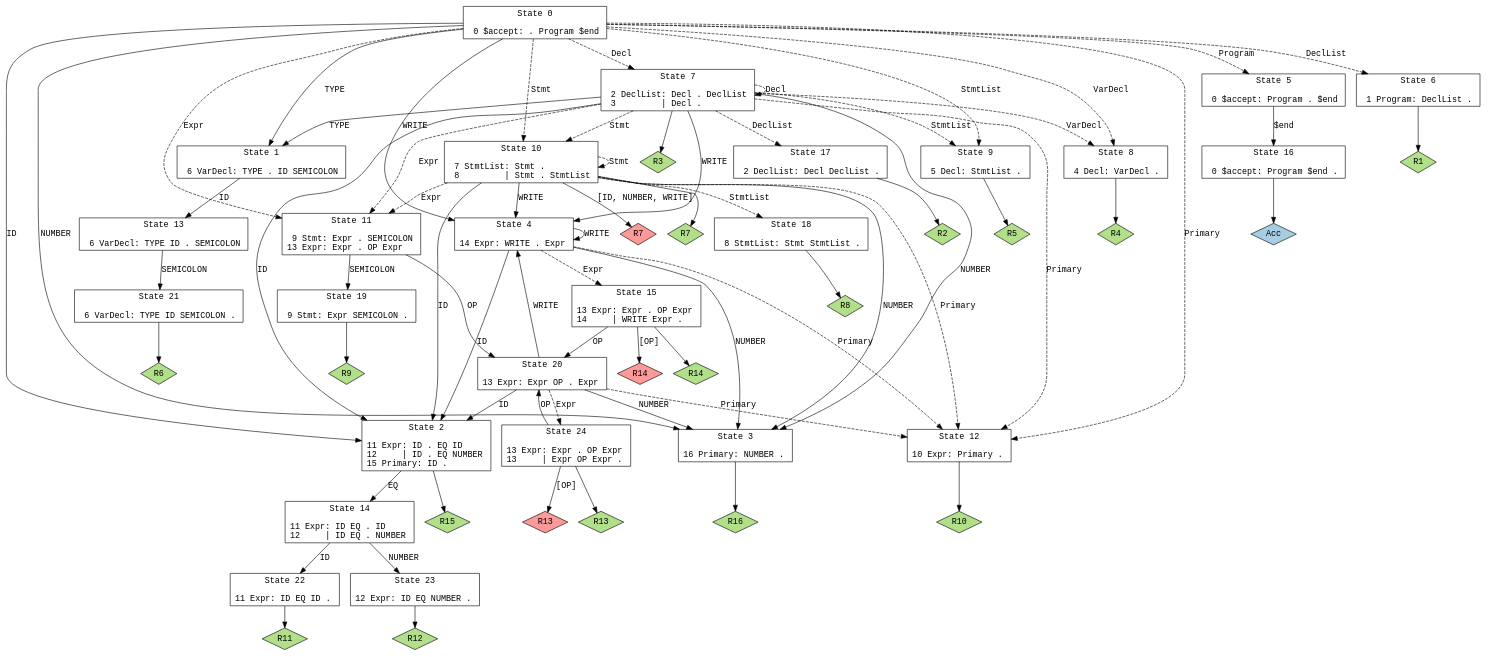
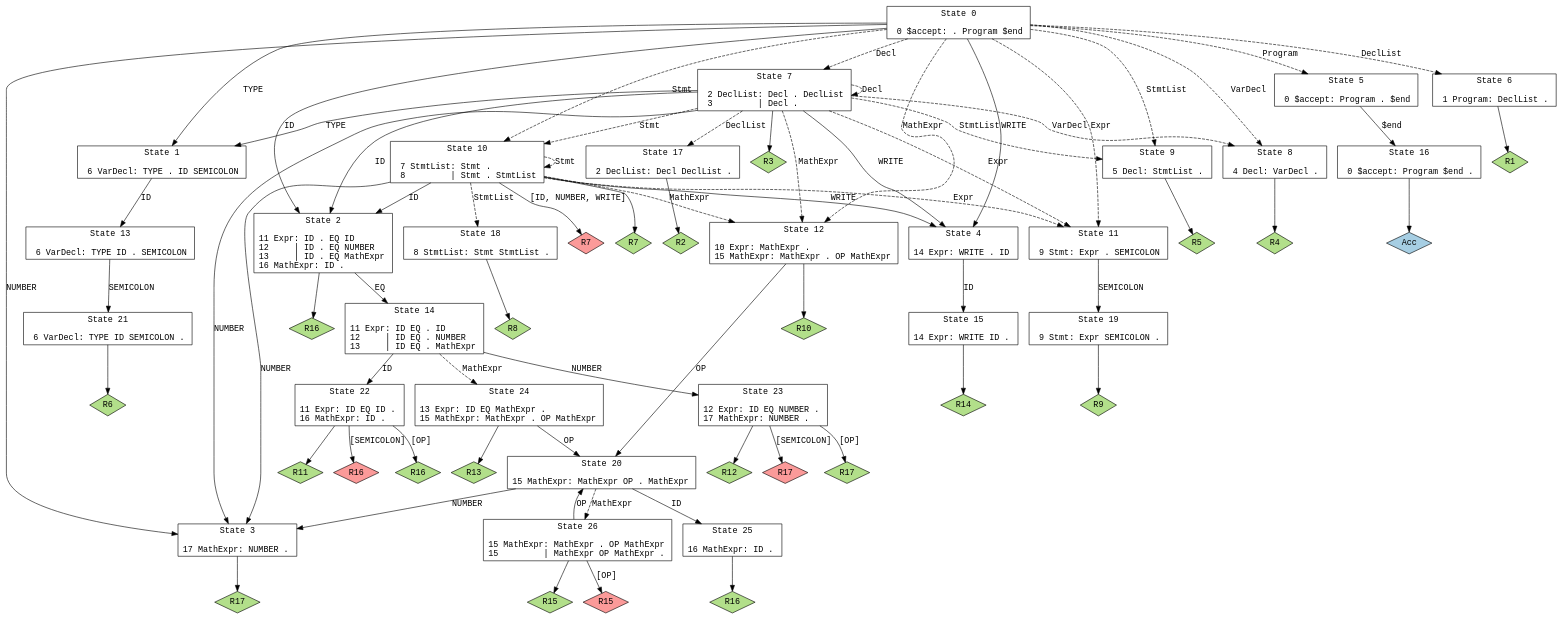
The diagram in parser.dot (tyhunt24/compiler_design), drawn with Graphviz before and after one commit. The commit also changed 12 other files, not shown here.

Commit message:
Got the math functionality to work and it also prints the correct number in mars

```diff
--- a/parser.dot
+++ b/parser.dot
@@ -1,125 +1,132 @@
 // Generated by GNU Bison 3.5.1.
 // Report bugs to <bug-bison@gnu.org>.
 // Home page: <https://www.gnu.org/software/bison/>.
 
 digraph "parser.y"
 {
   node [fontname = courier, shape = box, colorscheme = paired6]
   edge [fontname = courier]
 
   0 [label="State 0\n\l  0 $accept: . Program $end\l"]
   0 -> 1 [style=solid label="TYPE"]
   0 -> 2 [style=solid label="ID"]
   0 -> 3 [style=solid label="NUMBER"]
   0 -> 4 [style=solid label="WRITE"]
   0 -> 5 [style=dashed label="Program"]
   0 -> 6 [style=dashed label="DeclList"]
   0 -> 7 [style=dashed label="Decl"]
   0 -> 8 [style=dashed label="VarDecl"]
   0 -> 9 [style=dashed label="StmtList"]
   0 -> 10 [style=dashed label="Stmt"]
   0 -> 11 [style=dashed label="Expr"]
-  0 -> 12 [style=dashed label="Primary"]
+  0 -> 12 [style=dashed label="MathExpr"]
   1 [label="State 1\n\l  6 VarDecl: TYPE . ID SEMICOLON\l"]
   1 -> 13 [style=solid label="ID"]
-  2 [label="State 2\n\l 11 Expr: ID . EQ ID\l 12     | ID . EQ NUMBER\l 15 Primary: ID .\l"]
+  2 [label="State 2\n\l 11 Expr: ID . EQ ID\l 12     | ID . EQ NUMBER\l 13     | ID . EQ MathExpr\l 16 MathExpr: ID .\l"]
   2 -> 14 [style=solid label="EQ"]
-  2 -> "2R15" [style=solid]
- "2R15" [label="R15", fillcolor=3, shape=diamond, style=filled]
-  3 [label="State 3\n\l 16 Primary: NUMBER .\l"]
-  3 -> "3R16" [style=solid]
- "3R16" [label="R16", fillcolor=3, shape=diamond, style=filled]
-  4 [label="State 4\n\l 14 Expr: WRITE . Expr\l"]
-  4 -> 2 [style=solid label="ID"]
-  4 -> 3 [style=solid label="NUMBER"]
-  4 -> 4 [style=solid label="WRITE"]
-  4 -> 15 [style=dashed label="Expr"]
-  4 -> 12 [style=dashed label="Primary"]
+  2 -> "2R16" [style=solid]
+ "2R16" [label="R16", fillcolor=3, shape=diamond, style=filled]
+  3 [label="State 3\n\l 17 MathExpr: NUMBER .\l"]
+  3 -> "3R17" [style=solid]
+ "3R17" [label="R17", fillcolor=3, shape=diamond, style=filled]
+  4 [label="State 4\n\l 14 Expr: WRITE . ID\l"]
+  4 -> 15 [style=solid label="ID"]
   5 [label="State 5\n\l  0 $accept: Program . $end\l"]
   5 -> 16 [style=solid label="$end"]
   6 [label="State 6\n\l  1 Program: DeclList .\l"]
   6 -> "6R1" [style=solid]
  "6R1" [label="R1", fillcolor=3, shape=diamond, style=filled]
   7 [label="State 7\n\l  2 DeclList: Decl . DeclList\l  3         | Decl .\l"]
   7 -> 1 [style=solid label="TYPE"]
   7 -> 2 [style=solid label="ID"]
   7 -> 3 [style=solid label="NUMBER"]
   7 -> 4 [style=solid label="WRITE"]
   7 -> 17 [style=dashed label="DeclList"]
   7 -> 7 [style=dashed label="Decl"]
   7 -> 8 [style=dashed label="VarDecl"]
   7 -> 9 [style=dashed label="StmtList"]
   7 -> 10 [style=dashed label="Stmt"]
   7 -> 11 [style=dashed label="Expr"]
-  7 -> 12 [style=dashed label="Primary"]
+  7 -> 12 [style=dashed label="MathExpr"]
   7 -> "7R3" [style=solid]
  "7R3" [label="R3", fillcolor=3, shape=diamond, style=filled]
   8 [label="State 8\n\l  4 Decl: VarDecl .\l"]
   8 -> "8R4" [style=solid]
  "8R4" [label="R4", fillcolor=3, shape=diamond, style=filled]
   9 [label="State 9\n\l  5 Decl: StmtList .\l"]
   9 -> "9R5" [style=solid]
  "9R5" [label="R5", fillcolor=3, shape=diamond, style=filled]
   10 [label="State 10\n\l  7 StmtList: Stmt .\l  8         | Stmt . StmtList\l"]
   10 -> 2 [style=solid label="ID"]
   10 -> 3 [style=solid label="NUMBER"]
   10 -> 4 [style=solid label="WRITE"]
   10 -> 18 [style=dashed label="StmtList"]
   10 -> 10 [style=dashed label="Stmt"]
   10 -> 11 [style=dashed label="Expr"]
-  10 -> 12 [style=dashed label="Primary"]
+  10 -> 12 [style=dashed label="MathExpr"]
   10 -> "10R7d" [label="[ID, NUMBER, WRITE]", style=solid]
  "10R7d" [label="R7", fillcolor=5, shape=diamond, style=filled]
   10 -> "10R7" [style=solid]
  "10R7" [label="R7", fillcolor=3, shape=diamond, style=filled]
-  11 [label="State 11\n\l  9 Stmt: Expr . SEMICOLON\l 13 Expr: Expr . OP Expr\l"]
+  11 [label="State 11\n\l  9 Stmt: Expr . SEMICOLON\l"]
   11 -> 19 [style=solid label="SEMICOLON"]
-  11 -> 20 [style=solid label="OP"]
-  12 [label="State 12\n\l 10 Expr: Primary .\l"]
+  12 [label="State 12\n\l 10 Expr: MathExpr .\l 15 MathExpr: MathExpr . OP MathExpr\l"]
+  12 -> 20 [style=solid label="OP"]
   12 -> "12R10" [style=solid]
  "12R10" [label="R10", fillcolor=3, shape=diamond, style=filled]
   13 [label="State 13\n\l  6 VarDecl: TYPE ID . SEMICOLON\l"]
   13 -> 21 [style=solid label="SEMICOLON"]
-  14 [label="State 14\n\l 11 Expr: ID EQ . ID\l 12     | ID EQ . NUMBER\l"]
+  14 [label="State 14\n\l 11 Expr: ID EQ . ID\l 12     | ID EQ . NUMBER\l 13     | ID EQ . MathExpr\l"]
   14 -> 22 [style=solid label="ID"]
   14 -> 23 [style=solid label="NUMBER"]
-  15 [label="State 15\n\l 13 Expr: Expr . OP Expr\l 14     | WRITE Expr .\l"]
-  15 -> 20 [style=solid label="OP"]
-  15 -> "15R14d" [label="[OP]", style=solid]
- "15R14d" [label="R14", fillcolor=5, shape=diamond, style=filled]
+  14 -> 24 [style=dashed label="MathExpr"]
+  15 [label="State 15\n\l 14 Expr: WRITE ID .\l"]
   15 -> "15R14" [style=solid]
  "15R14" [label="R14", fillcolor=3, shape=diamond, style=filled]
   16 [label="State 16\n\l  0 $accept: Program $end .\l"]
   16 -> "16R0" [style=solid]
  "16R0" [label="Acc", fillcolor=1, shape=diamond, style=filled]
   17 [label="State 17\n\l  2 DeclList: Decl DeclList .\l"]
   17 -> "17R2" [style=solid]
  "17R2" [label="R2", fillcolor=3, shape=diamond, style=filled]
   18 [label="State 18\n\l  8 StmtList: Stmt StmtList .\l"]
   18 -> "18R8" [style=solid]
  "18R8" [label="R8", fillcolor=3, shape=diamond, style=filled]
   19 [label="State 19\n\l  9 Stmt: Expr SEMICOLON .\l"]
   19 -> "19R9" [style=solid]
  "19R9" [label="R9", fillcolor=3, shape=diamond, style=filled]
-  20 [label="State 20\n\l 13 Expr: Expr OP . Expr\l"]
-  20 -> 2 [style=solid label="ID"]
+  20 [label="State 20\n\l 15 MathExpr: MathExpr OP . MathExpr\l"]
+  20 -> 25 [style=solid label="ID"]
   20 -> 3 [style=solid label="NUMBER"]
-  20 -> 4 [style=solid label="WRITE"]
-  20 -> 24 [style=dashed label="Expr"]
-  20 -> 12 [style=dashed label="Primary"]
+  20 -> 26 [style=dashed label="MathExpr"]
   21 [label="State 21\n\l  6 VarDecl: TYPE ID SEMICOLON .\l"]
   21 -> "21R6" [style=solid]
  "21R6" [label="R6", fillcolor=3, shape=diamond, style=filled]
-  22 [label="State 22\n\l 11 Expr: ID EQ ID .\l"]
+  22 [label="State 22\n\l 11 Expr: ID EQ ID .\l 16 MathExpr: ID .\l"]
   22 -> "22R11" [style=solid]
  "22R11" [label="R11", fillcolor=3, shape=diamond, style=filled]
-  23 [label="State 23\n\l 12 Expr: ID EQ NUMBER .\l"]
+  22 -> "22R16d" [label="[SEMICOLON]", style=solid]
+ "22R16d" [label="R16", fillcolor=5, shape=diamond, style=filled]
+  22 -> "22R16" [label="[OP]", style=solid]
+ "22R16" [label="R16", fillcolor=3, shape=diamond, style=filled]
+  23 [label="State 23\n\l 12 Expr: ID EQ NUMBER .\l 17 MathExpr: NUMBER .\l"]
   23 -> "23R12" [style=solid]
  "23R12" [label="R12", fillcolor=3, shape=diamond, style=filled]
-  24 [label="State 24\n\l 13 Expr: Expr . OP Expr\l 13     | Expr OP Expr .\l"]
+  23 -> "23R17d" [label="[SEMICOLON]", style=solid]
+ "23R17d" [label="R17", fillcolor=5, shape=diamond, style=filled]
+  23 -> "23R17" [label="[OP]", style=solid]
+ "23R17" [label="R17", fillcolor=3, shape=diamond, style=filled]
+  24 [label="State 24\n\l 13 Expr: ID EQ MathExpr .\l 15 MathExpr: MathExpr . OP MathExpr\l"]
   24 -> 20 [style=solid label="OP"]
-  24 -> "24R13d" [label="[OP]", style=solid]
- "24R13d" [label="R13", fillcolor=5, shape=diamond, style=filled]
   24 -> "24R13" [style=solid]
  "24R13" [label="R13", fillcolor=3, shape=diamond, style=filled]
+  25 [label="State 25\n\l 16 MathExpr: ID .\l"]
+  25 -> "25R16" [style=solid]
+ "25R16" [label="R16", fillcolor=3, shape=diamond, style=filled]
+  26 [label="State 26\n\l 15 MathExpr: MathExpr . OP MathExpr\l 15         | MathExpr OP MathExpr .\l"]
+  26 -> 20 [style=solid label="OP"]
+  26 -> "26R15d" [label="[OP]", style=solid]
+ "26R15d" [label="R15", fillcolor=5, shape=diamond, style=filled]
+  26 -> "26R15" [style=solid]
+ "26R15" [label="R15", fillcolor=3, shape=diamond, style=filled]
 }
```
